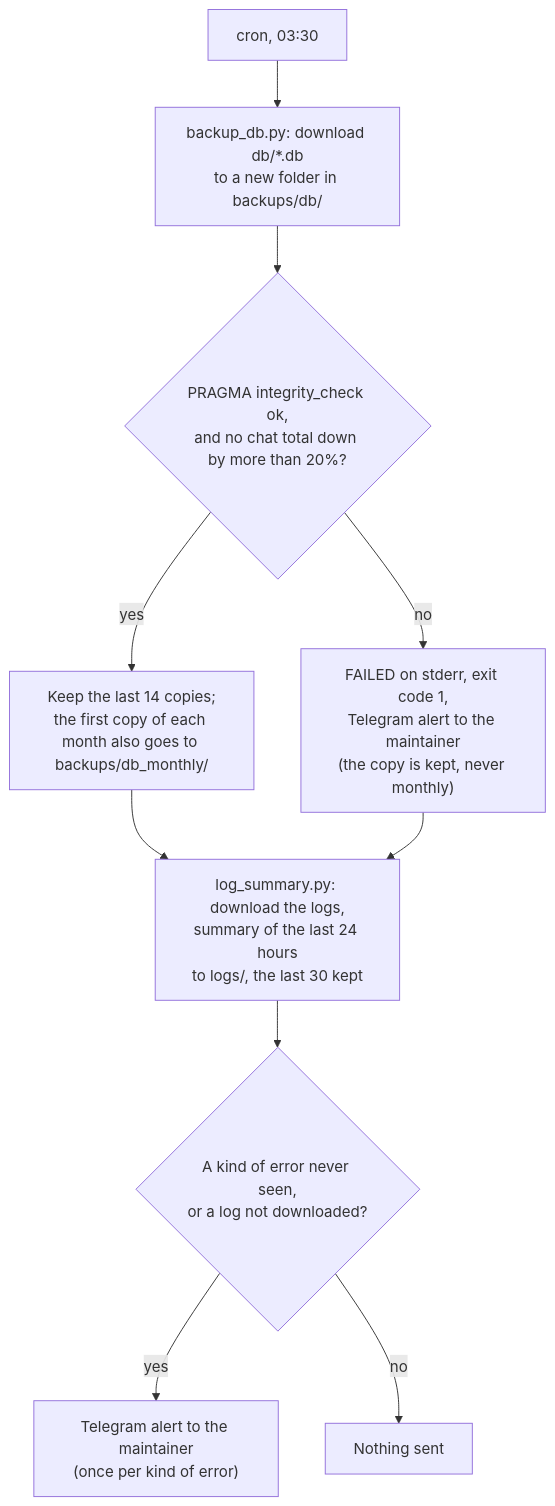
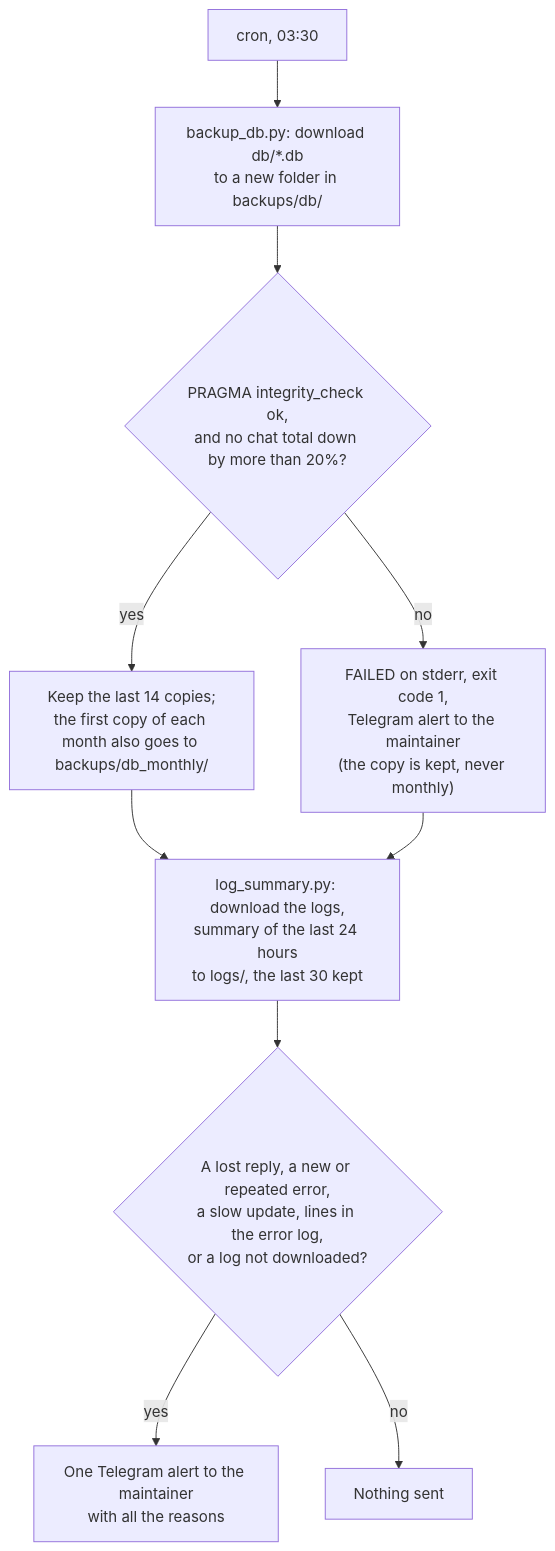
The second of 2 diagrams in docs/operations.md (francescoperrino/Caccometro), drawn with Mermaid before and after one commit. The commit also changed other lines of this file and 2 other files, not shown here.

Commit message:
Summarize commands, exceptions, restarts and server errors, and alert on lost replies, repeated errors and slow updates (#168)

````diff
--- a/docs/operations.md
+++ b/docs/operations.md
@@ -54,12 +54,12 @@
 ```mermaid
 flowchart TD
     cron["cron, 03:30"] --> download["backup_db.py: download db/*.db<br/>to a new folder in backups/db/"]
     download --> check{"PRAGMA integrity_check ok,<br/>and no chat total down by more than 20%?"}
     check -->|"yes"| keep["Keep the last 14 copies;<br/>the first copy of each month also goes to backups/db_monthly/"]
     check -->|"no"| failed["FAILED on stderr, exit code 1,<br/>Telegram alert to the maintainer<br/>(the copy is kept, never monthly)"]
     keep --> summary
     failed --> summary["log_summary.py: download the logs,<br/>summary of the last 24 hours<br/>to logs/, the last 30 kept"]
-    summary --> new{"A kind of error never seen,<br/>or a log not downloaded?"}
-    new -->|"yes"| alert["Telegram alert to the maintainer<br/>(once per kind of error)"]
+    summary --> new{"A lost reply, a new or repeated error,<br/>a slow update, lines in the error log,<br/>or a log not downloaded?"}
+    new -->|"yes"| alert["One Telegram alert to the maintainer<br/>with all the reasons"]
     new -->|"no"| done["Nothing sent"]
 ```
````
